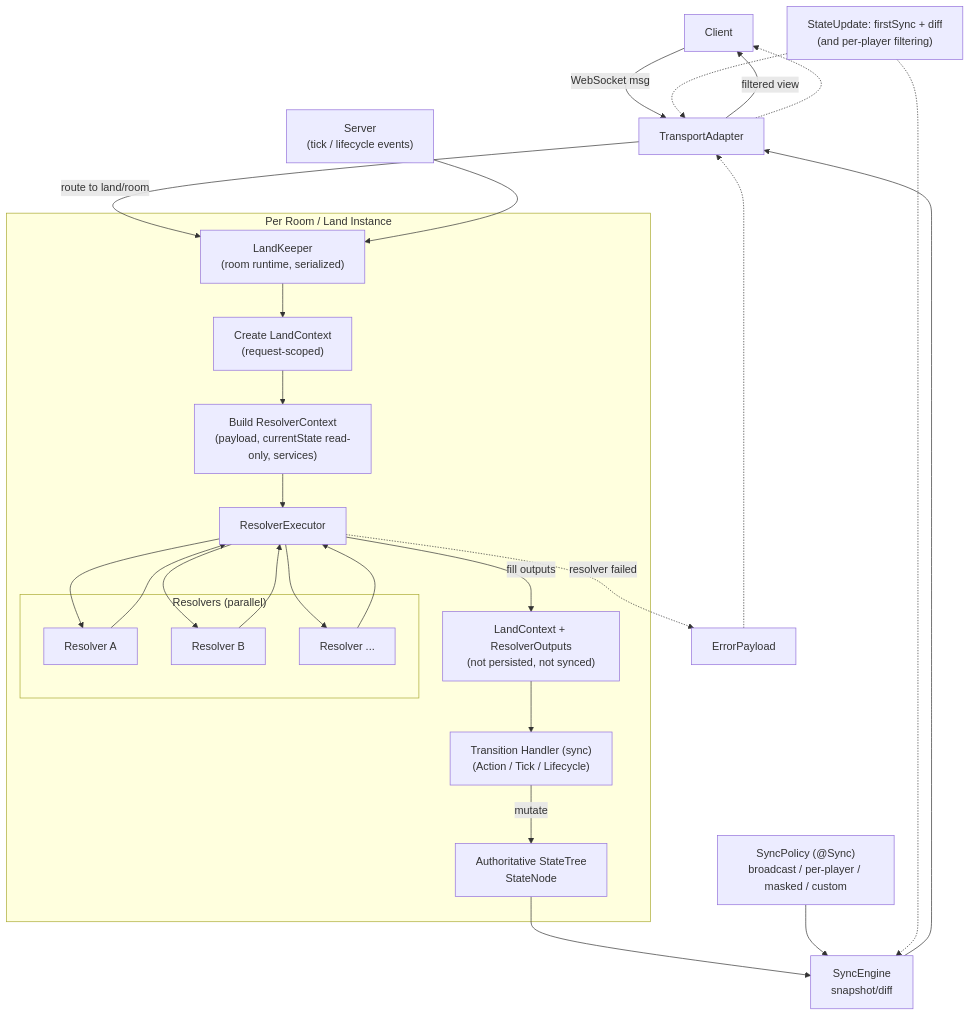
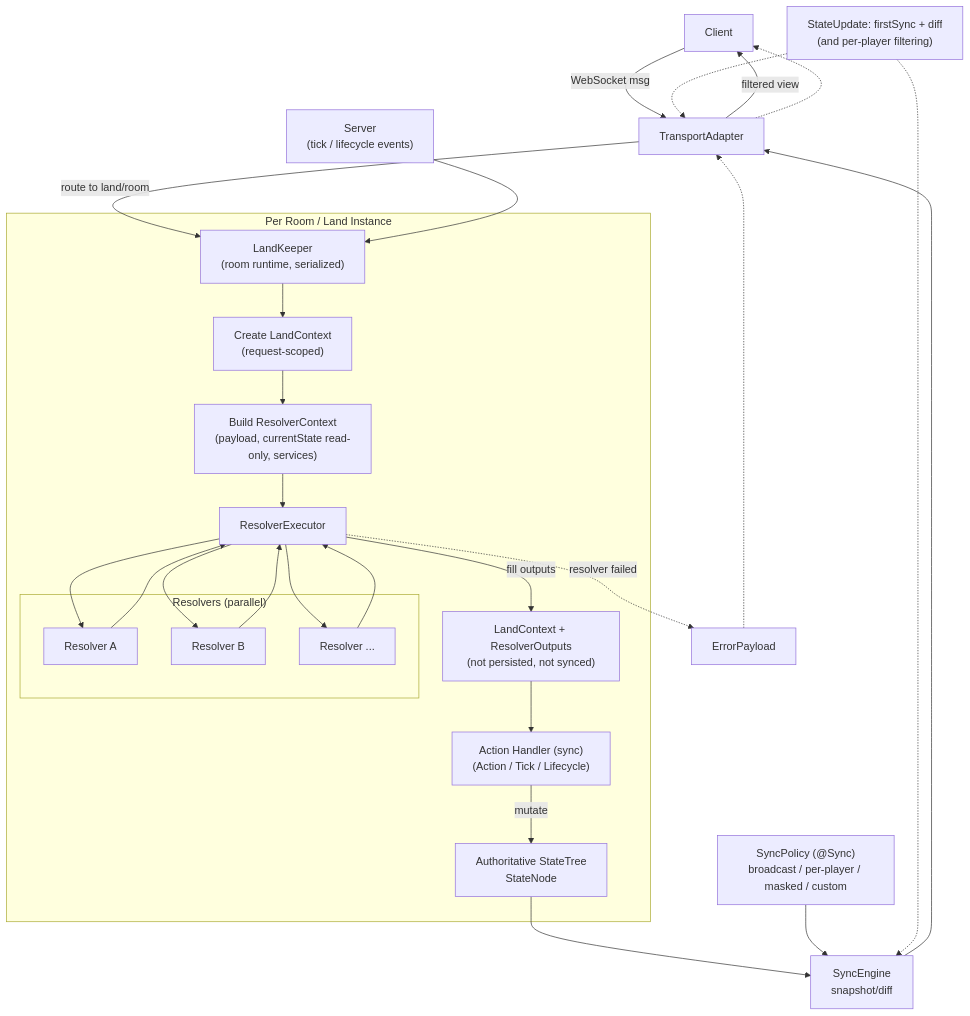
One commit to gmliao/swift-state-tree changed the second of 2 diagrams in deep-research/emse-artifacts/SECTION3_DRAFT.md. Above: the diagram before and after it, drawn with Mermaid. The commit also changed other lines of this file, not shown here.

First line of the commit message:
refactor: enhance SECTION3_DRAFT with clearer terminology and action handling

````diff
--- a/deep-research/emse-artifacts/SECTION3_DRAFT.md
+++ b/deep-research/emse-artifacts/SECTION3_DRAFT.md
@@ -131,42 +134,42 @@
 ```mermaid
 flowchart TB
   %% Implementation view (SwiftStateTree runtime)
 
   Client[Client] -->|WebSocket msg| Adapter[TransportAdapter]
   Adapter -->|route to land/room| Keeper["LandKeeper<br/>(room runtime, serialized)"]
   Server["Server<br/>(tick / lifecycle events)"] --> Keeper
 
   subgraph Room["Per Room / Land Instance"]
     Keeper --> Ctx["Create LandContext<br/>(request-scoped)"]
     Ctx --> RC["Build ResolverContext<br/>(payload, currentState read-only, services)"]
 
     RC --> Rex[ResolverExecutor]
     subgraph PR["Resolvers (parallel)"]
       R1[Resolver A]
       R2[Resolver B]
       Rn[Resolver ...]
     end
     Rex --> R1
     Rex --> R2
     Rex --> Rn
     R1 --> Rex
     R2 --> Rex
     Rn --> Rex
 
     Rex -->|fill outputs| Ctx2["LandContext + ResolverOutputs<br/>(not persisted, not synced)"]
-    Ctx2 --> H["Transition Handler (sync)<br/>(Action / Tick / Lifecycle)"]
+    Ctx2 --> H["Action Handler (sync)<br/>(Action / Tick / Lifecycle)"]
     H -->|mutate| S["Authoritative StateTree<br/>StateNode"]
   end
 
   S --> SE["SyncEngine<br/>snapshot/diff"]
   SP["SyncPolicy (@Sync)<br/>broadcast / per-player / masked / custom"] --> SE
   SE --> Adapter
   Note1["StateUpdate: firstSync + diff<br/>(and per-player filtering)"]
   Note1 -.-> SE
   Note1 -.-> Adapter
   Adapter -->|filtered view| Client
 
   Rex -. resolver failed .-> Err[ErrorPayload]
   Err -.-> Adapter
   Adapter -.-> Client
 ```
````
